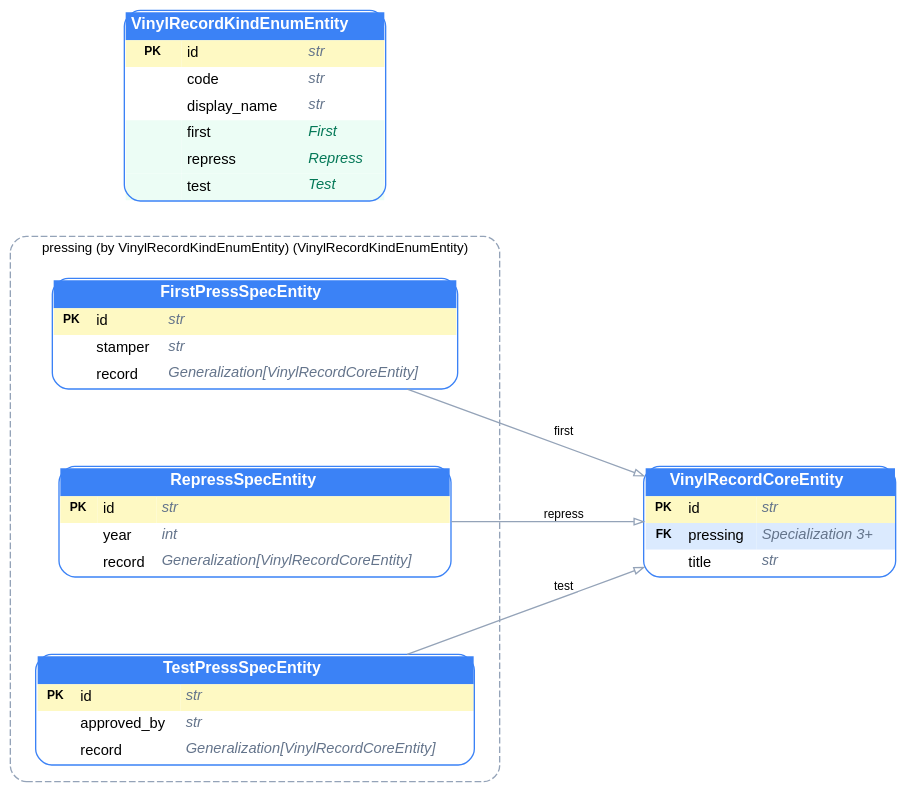
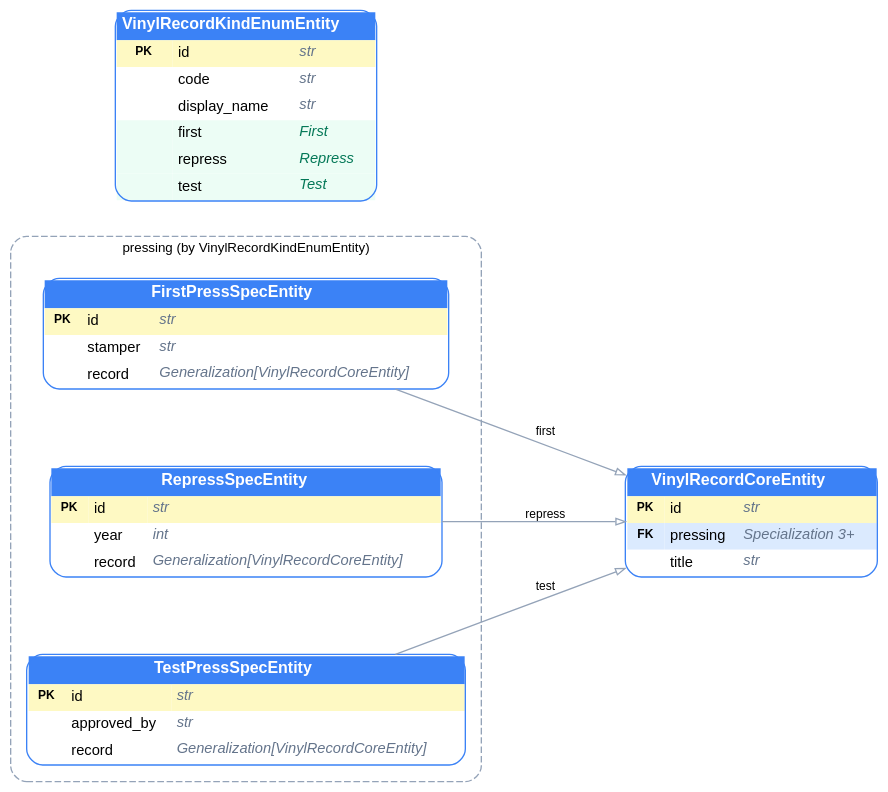
The diagram in examples/step_21_relations/02_specialization_erd.dot (bystrovmaxim/aoa), drawn with Graphviz before and after one commit. The commit also changed 157 other files, not shown here.

```diff
--- a/examples/step_21_relations/02_specialization_erd.dot
+++ b/examples/step_21_relations/02_specialization_erd.dot
@@ -1,34 +1,34 @@
 digraph ERD {
   graph [rankdir=LR fontname="Helvetica" bgcolor=transparent pad="0.5" nodesep="0.8" ranksep="1.2"]
   node  [shape=none fontname="Helvetica" fontsize=11 margin="0"]
   edge  [fontname="Helvetica" fontsize=9 color="#94a3b8" arrowsize=0.7]
 
   subgraph "cluster_VinylRecordCoreEntity:pressing" {
-    label="pressing (by VinylRecordKindEnumEntity) (VinylRecordKindEnumEntity)";
+    label="pressing (by VinylRecordKindEnumEntity)";
     style="rounded,dashed";
     color="#94a3b8";
     fontsize=10;
     margin=12;
   "FirstPressSpecEntity" [label=<<TABLE BGCOLOR="white" BORDER="1" CELLBORDER="0" CELLSPACING="0" CELLPADDING="4" STYLE="ROUNDED" COLOR="#3b82f6"><TR><TD COLSPAN="3" BGCOLOR="#3b82f6" ALIGN="CENTER"><FONT COLOR="white" POINT-SIZE="12"><B>FirstPressSpecEntity</B></FONT></TD></TR><TR><TD BGCOLOR="#fef9c3" ALIGN="CENTER" WIDTH="28"><FONT POINT-SIZE="9"><B>PK</B></FONT></TD><TD BGCOLOR="#fef9c3" ALIGN="LEFT">id</TD><TD BGCOLOR="#fef9c3" ALIGN="LEFT"><FONT COLOR="#64748b"><I>str</I></FONT></TD></TR>
       <TR><TD BGCOLOR="#ffffff" WIDTH="28"></TD><TD BGCOLOR="#ffffff" ALIGN="LEFT">stamper</TD><TD BGCOLOR="#ffffff" ALIGN="LEFT"><FONT COLOR="#64748b"><I>str</I></FONT></TD></TR>
       <TR><TD BGCOLOR="#ffffff" WIDTH="28"></TD><TD BGCOLOR="#ffffff" ALIGN="LEFT">record</TD><TD BGCOLOR="#ffffff" ALIGN="LEFT"><FONT COLOR="#64748b"><I>Generalization[VinylRecordCoreEntity]</I></FONT></TD></TR></TABLE>>]
   "RepressSpecEntity" [label=<<TABLE BGCOLOR="white" BORDER="1" CELLBORDER="0" CELLSPACING="0" CELLPADDING="4" STYLE="ROUNDED" COLOR="#3b82f6"><TR><TD COLSPAN="3" BGCOLOR="#3b82f6" ALIGN="CENTER"><FONT COLOR="white" POINT-SIZE="12"><B>RepressSpecEntity</B></FONT></TD></TR><TR><TD BGCOLOR="#fef9c3" ALIGN="CENTER" WIDTH="28"><FONT POINT-SIZE="9"><B>PK</B></FONT></TD><TD BGCOLOR="#fef9c3" ALIGN="LEFT">id</TD><TD BGCOLOR="#fef9c3" ALIGN="LEFT"><FONT COLOR="#64748b"><I>str</I></FONT></TD></TR>
       <TR><TD BGCOLOR="#ffffff" WIDTH="28"></TD><TD BGCOLOR="#ffffff" ALIGN="LEFT">year</TD><TD BGCOLOR="#ffffff" ALIGN="LEFT"><FONT COLOR="#64748b"><I>int</I></FONT></TD></TR>
       <TR><TD BGCOLOR="#ffffff" WIDTH="28"></TD><TD BGCOLOR="#ffffff" ALIGN="LEFT">record</TD><TD BGCOLOR="#ffffff" ALIGN="LEFT"><FONT COLOR="#64748b"><I>Generalization[VinylRecordCoreEntity]</I></FONT></TD></TR></TABLE>>]
   "TestPressSpecEntity" [label=<<TABLE BGCOLOR="white" BORDER="1" CELLBORDER="0" CELLSPACING="0" CELLPADDING="4" STYLE="ROUNDED" COLOR="#3b82f6"><TR><TD COLSPAN="3" BGCOLOR="#3b82f6" ALIGN="CENTER"><FONT COLOR="white" POINT-SIZE="12"><B>TestPressSpecEntity</B></FONT></TD></TR><TR><TD BGCOLOR="#fef9c3" ALIGN="CENTER" WIDTH="28"><FONT POINT-SIZE="9"><B>PK</B></FONT></TD><TD BGCOLOR="#fef9c3" ALIGN="LEFT">id</TD><TD BGCOLOR="#fef9c3" ALIGN="LEFT"><FONT COLOR="#64748b"><I>str</I></FONT></TD></TR>
       <TR><TD BGCOLOR="#ffffff" WIDTH="28"></TD><TD BGCOLOR="#ffffff" ALIGN="LEFT">approved_by</TD><TD BGCOLOR="#ffffff" ALIGN="LEFT"><FONT COLOR="#64748b"><I>str</I></FONT></TD></TR>
       <TR><TD BGCOLOR="#ffffff" WIDTH="28"></TD><TD BGCOLOR="#ffffff" ALIGN="LEFT">record</TD><TD BGCOLOR="#ffffff" ALIGN="LEFT"><FONT COLOR="#64748b"><I>Generalization[VinylRecordCoreEntity]</I></FONT></TD></TR></TABLE>>]
   }
   "VinylRecordCoreEntity" [label=<<TABLE BGCOLOR="white" BORDER="1" CELLBORDER="0" CELLSPACING="0" CELLPADDING="4" STYLE="ROUNDED" COLOR="#3b82f6"><TR><TD COLSPAN="3" BGCOLOR="#3b82f6" ALIGN="CENTER"><FONT COLOR="white" POINT-SIZE="12"><B>VinylRecordCoreEntity</B></FONT></TD></TR><TR><TD BGCOLOR="#fef9c3" ALIGN="CENTER" WIDTH="28"><FONT POINT-SIZE="9"><B>PK</B></FONT></TD><TD BGCOLOR="#fef9c3" ALIGN="LEFT">id</TD><TD BGCOLOR="#fef9c3" ALIGN="LEFT"><FONT COLOR="#64748b"><I>str</I></FONT></TD></TR>
       <TR><TD BGCOLOR="#dbeafe" ALIGN="CENTER" WIDTH="28"><FONT POINT-SIZE="9"><B>FK</B></FONT></TD><TD BGCOLOR="#dbeafe" ALIGN="LEFT">pressing</TD><TD BGCOLOR="#dbeafe" ALIGN="LEFT" TOOLTIP="first → FirstPressSpecEntity&#10;repress → RepressSpecEntity&#10;test → TestPressSpecEntity"><FONT COLOR="#64748b"><I>Specialization 3+</I></FONT></TD></TR>
       <TR><TD BGCOLOR="#ffffff" WIDTH="28"></TD><TD BGCOLOR="#ffffff" ALIGN="LEFT">title</TD><TD BGCOLOR="#ffffff" ALIGN="LEFT"><FONT COLOR="#64748b"><I>str</I></FONT></TD></TR></TABLE>>]
   "VinylRecordKindEnumEntity" [label=<<TABLE BGCOLOR="white" BORDER="1" CELLBORDER="0" CELLSPACING="0" CELLPADDING="4" STYLE="ROUNDED" COLOR="#3b82f6"><TR><TD COLSPAN="3" BGCOLOR="#3b82f6" ALIGN="CENTER"><FONT COLOR="white" POINT-SIZE="12"><B>VinylRecordKindEnumEntity</B></FONT></TD></TR><TR><TD BGCOLOR="#fef9c3" ALIGN="CENTER" WIDTH="28"><FONT POINT-SIZE="9"><B>PK</B></FONT></TD><TD BGCOLOR="#fef9c3" ALIGN="LEFT">id</TD><TD BGCOLOR="#fef9c3" ALIGN="LEFT"><FONT COLOR="#64748b"><I>str</I></FONT></TD></TR>
       <TR><TD BGCOLOR="#ffffff" WIDTH="28"></TD><TD BGCOLOR="#ffffff" ALIGN="LEFT">code</TD><TD BGCOLOR="#ffffff" ALIGN="LEFT"><FONT COLOR="#64748b"><I>str</I></FONT></TD></TR>
       <TR><TD BGCOLOR="#ffffff" WIDTH="28"></TD><TD BGCOLOR="#ffffff" ALIGN="LEFT">display_name</TD><TD BGCOLOR="#ffffff" ALIGN="LEFT"><FONT COLOR="#64748b"><I>str</I></FONT></TD></TR><TR><TD BGCOLOR="#ecfdf5" WIDTH="28"></TD><TD BGCOLOR="#ecfdf5" ALIGN="LEFT">first</TD><TD BGCOLOR="#ecfdf5" ALIGN="LEFT"><FONT COLOR="#047857"><I>First</I></FONT></TD></TR>
       <TR><TD BGCOLOR="#ecfdf5" WIDTH="28"></TD><TD BGCOLOR="#ecfdf5" ALIGN="LEFT">repress</TD><TD BGCOLOR="#ecfdf5" ALIGN="LEFT"><FONT COLOR="#047857"><I>Repress</I></FONT></TD></TR>
       <TR><TD BGCOLOR="#ecfdf5" WIDTH="28"></TD><TD BGCOLOR="#ecfdf5" ALIGN="LEFT">test</TD><TD BGCOLOR="#ecfdf5" ALIGN="LEFT"><FONT COLOR="#047857"><I>Test</I></FONT></TD></TR></TABLE>>]
 
   "FirstPressSpecEntity" -> "VinylRecordCoreEntity" [label="first" fontsize=9 arrowhead=empty]
   "RepressSpecEntity" -> "VinylRecordCoreEntity" [label="repress" fontsize=9 arrowhead=empty]
   "TestPressSpecEntity" -> "VinylRecordCoreEntity" [label="test" fontsize=9 arrowhead=empty]
 }
```
